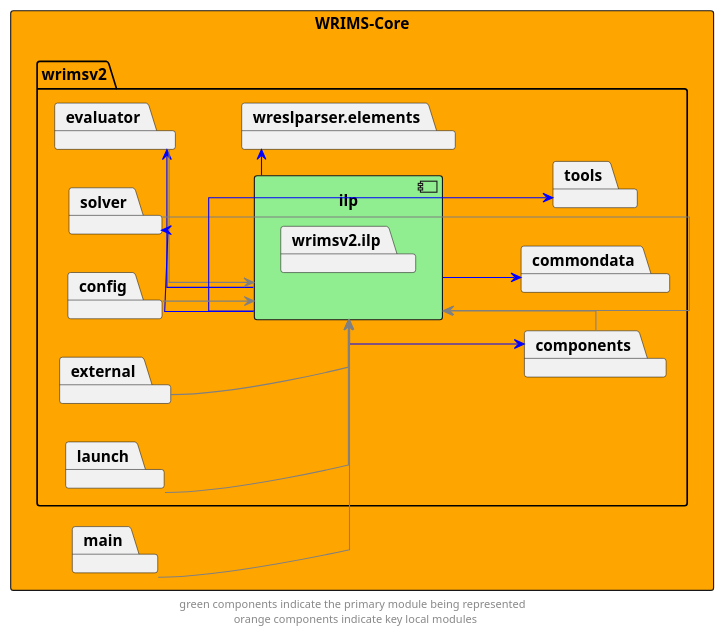
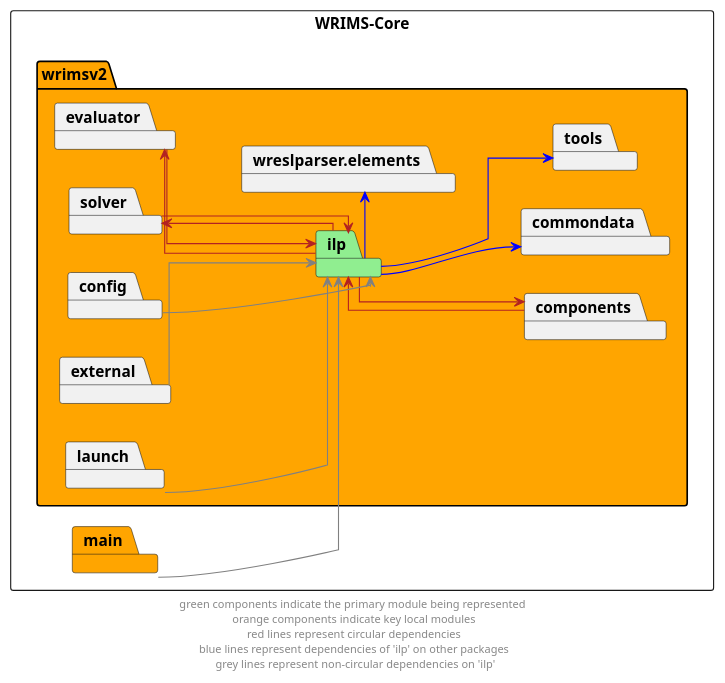
The diagram in docs/diagrams/wrims-core/wrims-core_ilp.puml (CentralValleyModeling/wrims), drawn with PlantUML before and after one commit. The commit also changed 63 other files, not shown here.

Commit message:
updated diagrams for improved consistency and legibility

```diff
--- a/docs/diagrams/wrims-core/wrims-core_ilp.puml
+++ b/docs/diagrams/wrims-core/wrims-core_ilp.puml
@@ -1,47 +1,43 @@
 @startuml
 left to right direction
 skinparam linetype ortho
 
-rectangle wrims_core as "WRIMS-Core" #orange {
-        package wrimsv2{
-            package ilp {
-                component ilp #lightgreen {
-                    package wrimsv2.ilp
-                }
-            }
+rectangle wrims_core as "WRIMS-Core" {
+    package wrimsv2 #orange {
+        package ilp #lightgreen
         package commondata
         package components
         package evaluator
         package solver
         package tools
         package wreslparser.elements
 
         package config
         package external
         package launch
     }
-package main
+package main #orange
 }
 
-ilp -->  components #blue
-components -left->  ilp #grey
-ilp -left->  evaluator #blue
-evaluator -->  ilp #grey
-ilp -left->  solver #blue
-solver -->  ilp #grey
+ilp -->  components #firebrick
+components -left->  ilp #firebrick
+ilp -left->  evaluator #firebrick
+evaluator -->  ilp #firebrick
+ilp -left->  solver #firebrick
+solver -->  ilp #firebrick
 
 ilp -->  commondata #blue
 ilp -->  tools #blue
 ilp -r->  wreslparser.elements #blue
 
 config --> ilp #grey
 external --> ilp #grey
 launch --> ilp #grey
 
 main --> ilp #grey
 
 ' The following relationships are hidden and used to format the diagram. They do not represent actual dependencies.
 'debug -r[hidden]-> evaluator
 
-footer "green components indicate the primary module being represented \n orange components indicate key local modules"
+footer "green components indicate the primary module being represented \n orange components indicate key local modules \n red lines represent circular dependencies \n blue lines represent dependencies of 'ilp' on other packages \n grey lines represent non-circular dependencies on 'ilp'"
 @enduml
```
